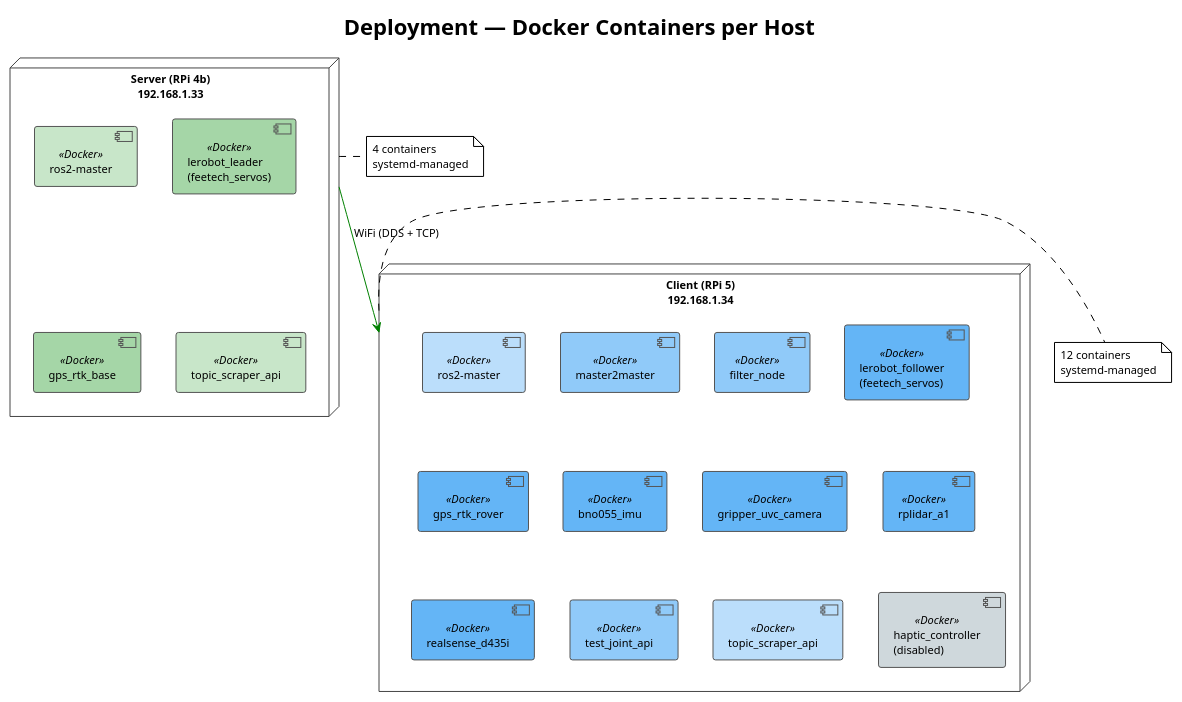
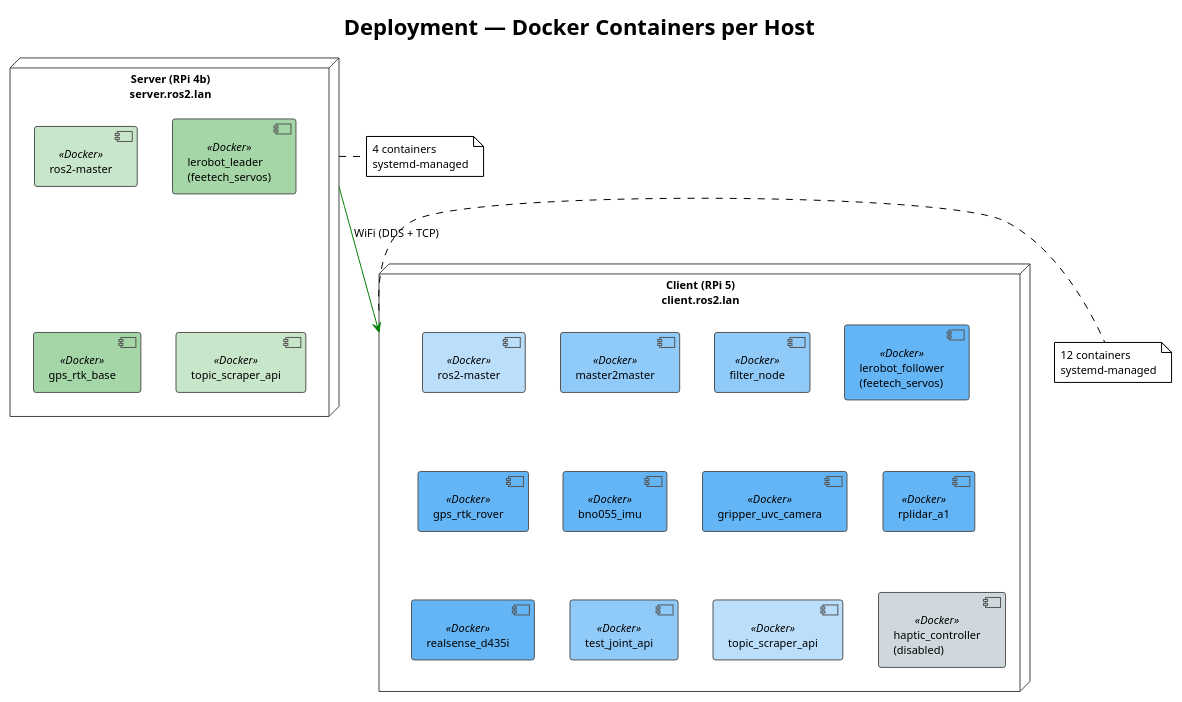
Before and after one commit to szymonrychu/ros2-lerobot-swerve-platform: the diagram in docs/diagrams/deployment.puml, drawn with PlantUML. The commit also changed 17 other files, not shown here.

First line of the commit message:
feat: DNS override and ROS2 hostname migration (server.ros2.lan, client.ros2.lan)

```diff
--- a/docs/diagrams/deployment.puml
+++ b/docs/diagrams/deployment.puml
@@ -1,44 +1,44 @@
 @startuml deployment
 !theme plain
 skinparam backgroundColor white
 skinparam defaultFontSize 11
 skinparam nodeBorderColor #444
 skinparam componentBorderColor #555
 
 title Deployment — Docker Containers per Host
 
-node "Server (RPi 4b)\n192.168.1.33" as server {
+node "Server (RPi 4b)\nserver.ros2.lan" as server {
   component "ros2-master" as sm <<Docker>> #C8E6C9
   component "lerobot_leader\n(feetech_servos)" as sl <<Docker>> #A5D6A7
   component "gps_rtk_base" as sg <<Docker>> #A5D6A7
   component "topic_scraper_api" as ss <<Docker>> #C8E6C9
 }
 
-node "Client (RPi 5)\n192.168.1.34" as client {
+node "Client (RPi 5)\nclient.ros2.lan" as client {
   component "ros2-master" as cm <<Docker>> #BBDEFB
   component "master2master" as cmm <<Docker>> #90CAF9
   component "filter_node" as cf <<Docker>> #90CAF9
   component "lerobot_follower\n(feetech_servos)" as clf <<Docker>> #64B5F6
   component "gps_rtk_rover" as cg <<Docker>> #64B5F6
   component "bno055_imu" as ci <<Docker>> #64B5F6
   component "gripper_uvc_camera" as cc <<Docker>> #64B5F6
   component "rplidar_a1" as cr <<Docker>> #64B5F6
   component "realsense_d435i" as cre <<Docker>> #64B5F6
   component "test_joint_api" as ct <<Docker>> #90CAF9
   component "topic_scraper_api" as cs <<Docker>> #BBDEFB
   component "haptic_controller\n(disabled)" as ch <<Docker>> #CFD8DC
 }
 
 server -[#green]-> client : WiFi (DDS + TCP)
 
 note right of server
   4 containers
   systemd-managed
 end note
 
 note right of client
   12 containers
   systemd-managed
 end note
 
 @enduml
```
